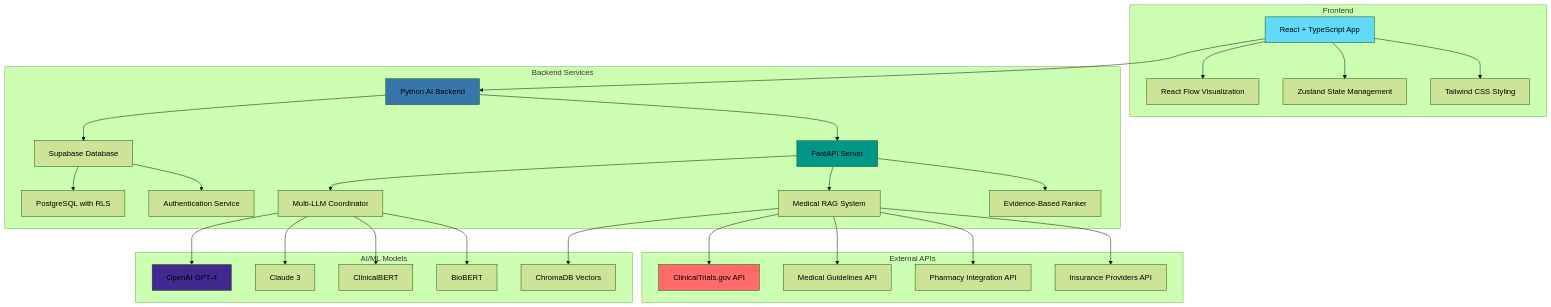
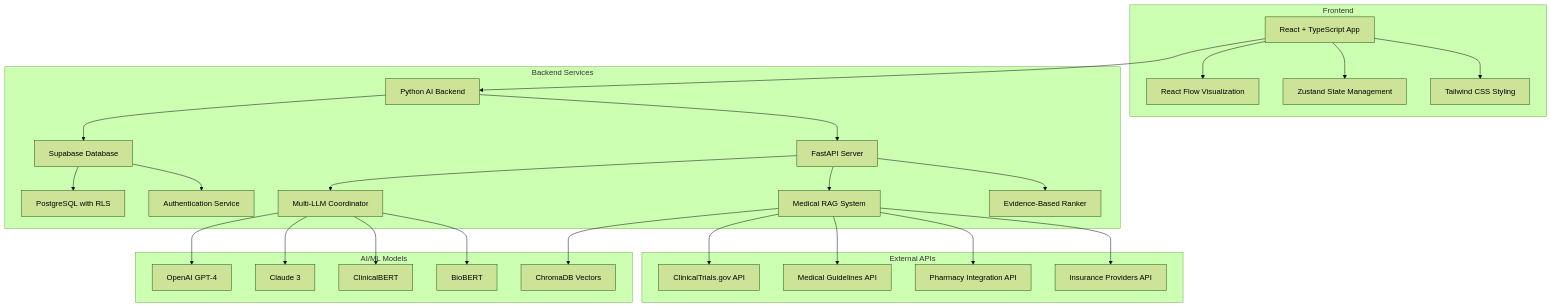
One commit to genewang/Ayuma changed the diagram in README.md. Above: the diagram before and after it, drawn with Mermaid (forest theme). The commit also changed other lines of this file and 2 other files, not shown here.

Commit message:
docs: standardize Mermaid diagram styling across documentation
- Remove all custom style, class, and theme configurations from Mermaid diagrams
- Ensure consistent default styling across all documentation
- Improve maintainability by removing inline styles

````diff
--- a/README.md
+++ b/README.md
@@ -48,62 +48,57 @@
 ```mermaid
 graph TB
     subgraph Frontend
         A[React + TypeScript App]
         B[React Flow Visualization]
         C[Zustand State Management]
         D[Tailwind CSS Styling]
     end
 
     subgraph Backend Services
         E[Supabase Database]
         F[PostgreSQL with RLS]
         G[Authentication Service]
         H[Python AI Backend]
         I[FastAPI Server]
         J[Multi-LLM Coordinator]
         K[Medical RAG System]
         L[Evidence-Based Ranker]
     end
 
     subgraph AI/ML Models
         M[OpenAI GPT-4]
         N[Claude 3]
         O[ClinicalBERT]
         P[BioBERT]
         Q[ChromaDB Vectors]
     end
 
     subgraph External APIs
         R[ClinicalTrials.gov API]
         S[Medical Guidelines API]
         T[Pharmacy Integration API]
         U[Insurance Providers API]
     end
 
     A --> B
     A --> C
     A --> D
     A --> H
     H --> I
     I --> J
     I --> K
     I --> L
     J --> M
     J --> N
     J --> O
     J --> P
     K --> Q
     H --> E
     E --> F
     E --> G
     K --> R
     K --> S
     K --> T
     K --> U
 
-    style A fill:#61dafb
-    style H fill:#3776ab
-    style I fill:#009688
-    style M fill:#412991
-    style R fill:#ff6b6b
 ```
````
